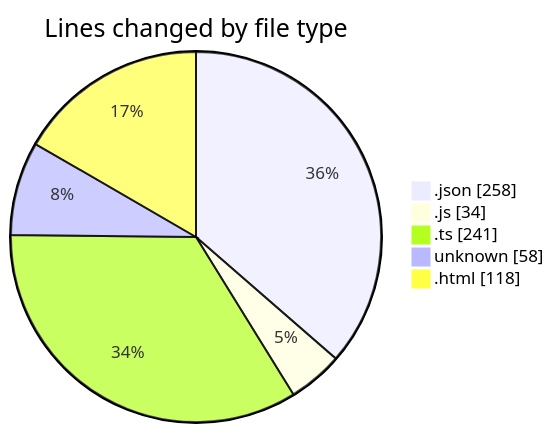
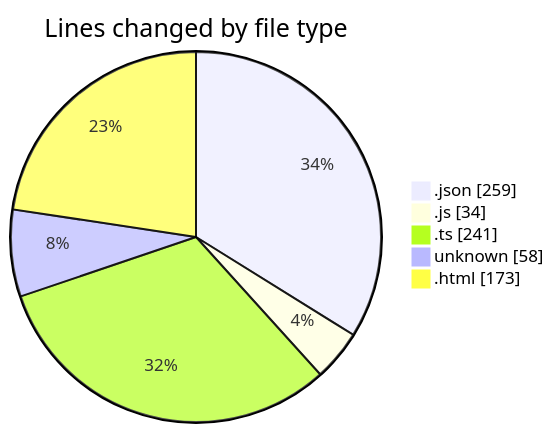
Before and after one commit to momahboobian/code-tracking: the first of 2 diagrams in 2025-05-12/news-clock-system-caspercg/README.md, drawn with Mermaid. The commit also changed other lines of this file and 1 other file, not shown here.

````diff
--- a/2025-05-12/news-clock-system-caspercg/README.md
+++ b/2025-05-12/news-clock-system-caspercg/README.md
@@ -31,9 +32,9 @@
 ```mermaid
 pie showData
 title Lines changed by file type
-".json" : 258
+".json" : 259
 ".js" : 34
 ".ts" : 241
 "unknown" : 58
-".html" : 118
+".html" : 173
 ```
````
